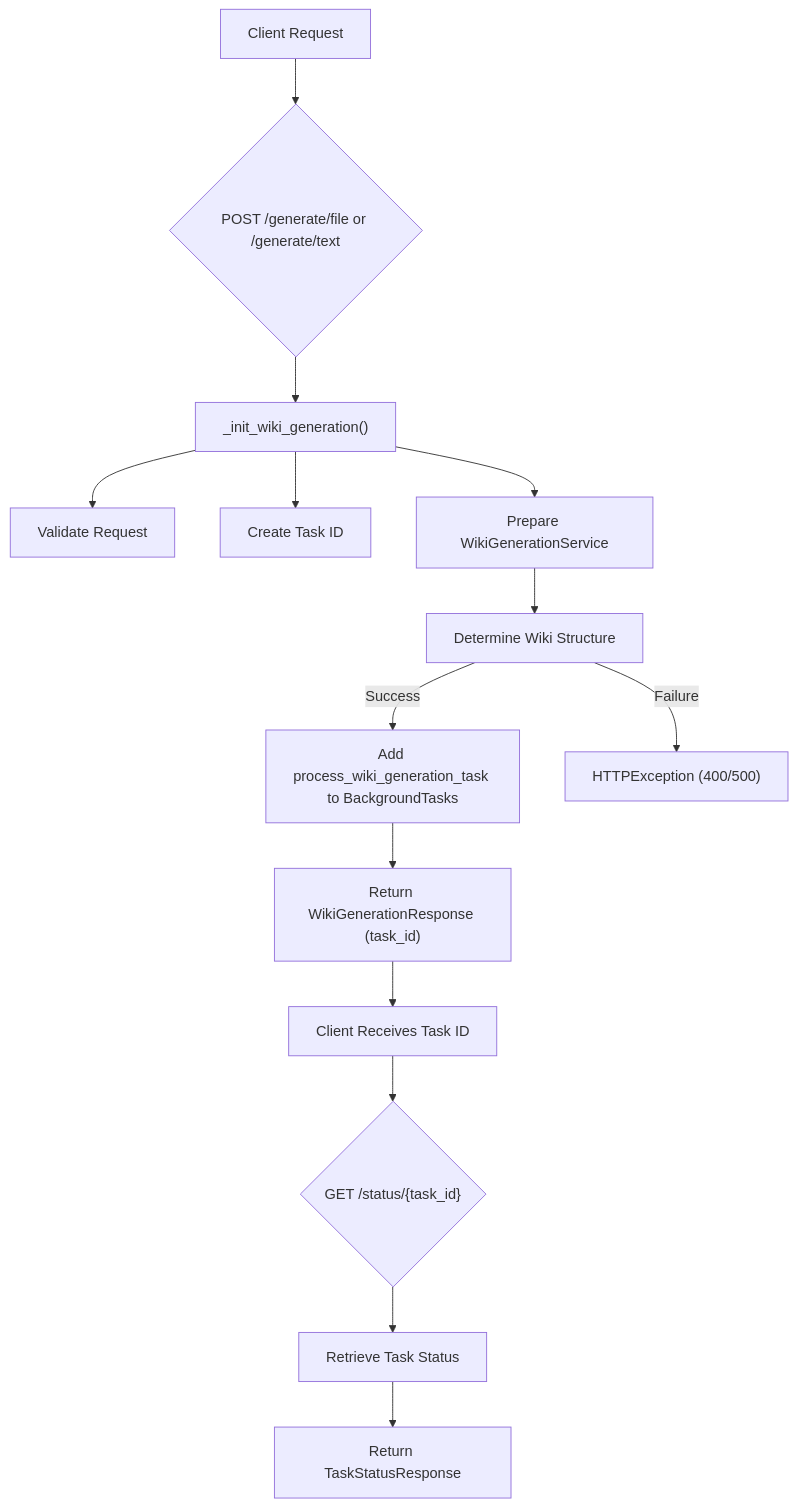
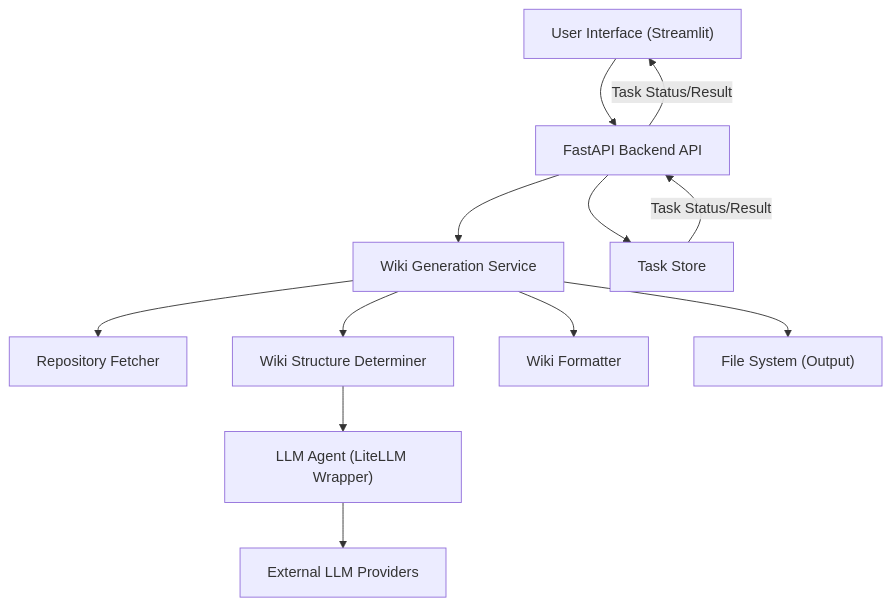
Before and after one commit to catuscio/wiki-as-readme: diagram 11 of 19 in examples/wiki_as_README.md, drawn with Mermaid. The commit also changed other lines of this file, not shown here.

Commit message:
✨📚 Update examples/wiki_as_README.md via Wiki-As-Readme Action (ko)

````diff
--- a/examples/wiki_as_README.md
+++ b/examples/wiki_as_README.md
@@ -1827,16 +1470,14 @@
 ```mermaid
 graph TD
-    A["Client Request"] --> B{"POST /generate/file or /generate/text"};
-    B --> C["_init_wiki_generation()"];
-    C --> D["Validate Request"];
-    C --> E["Create Task ID"];
-    C --> F["Prepare WikiGenerationService"];
-    F --> G["Determine Wiki Structure"];
-    G -- "Success" --> H["Add process_wiki_generation_task to BackgroundTasks"];
-    H --> I["Return WikiGenerationResponse (task_id)"];
-    I --> J["Client Receives Task ID"];
-    J --> K{"GET /status/{task_id}"};
-    K --> L["Retrieve Task Status"];
-    L --> M["Return TaskStatusResponse"];
-    G -- "Failure" --> N["HTTPException (400/500)"];
+    A["User Interface (Streamlit)"] --> B["FastAPI Backend API"];
+    B --> C["Wiki Generation Service"];
+    C --> D["Repository Fetcher"];
+    C --> E["Wiki Structure Determiner"];
+    C --> F["Wiki Formatter"];
+    E --> G["LLM Agent (LiteLLM Wrapper)"];
+    G --> H["External LLM Providers"];
+    B --> I["Task Store"];
+    C --> J["File System (Output)"];
+    I -- "Task Status/Result" --> B;
+    B -- "Task Status/Result" --> A;
 ```
````
